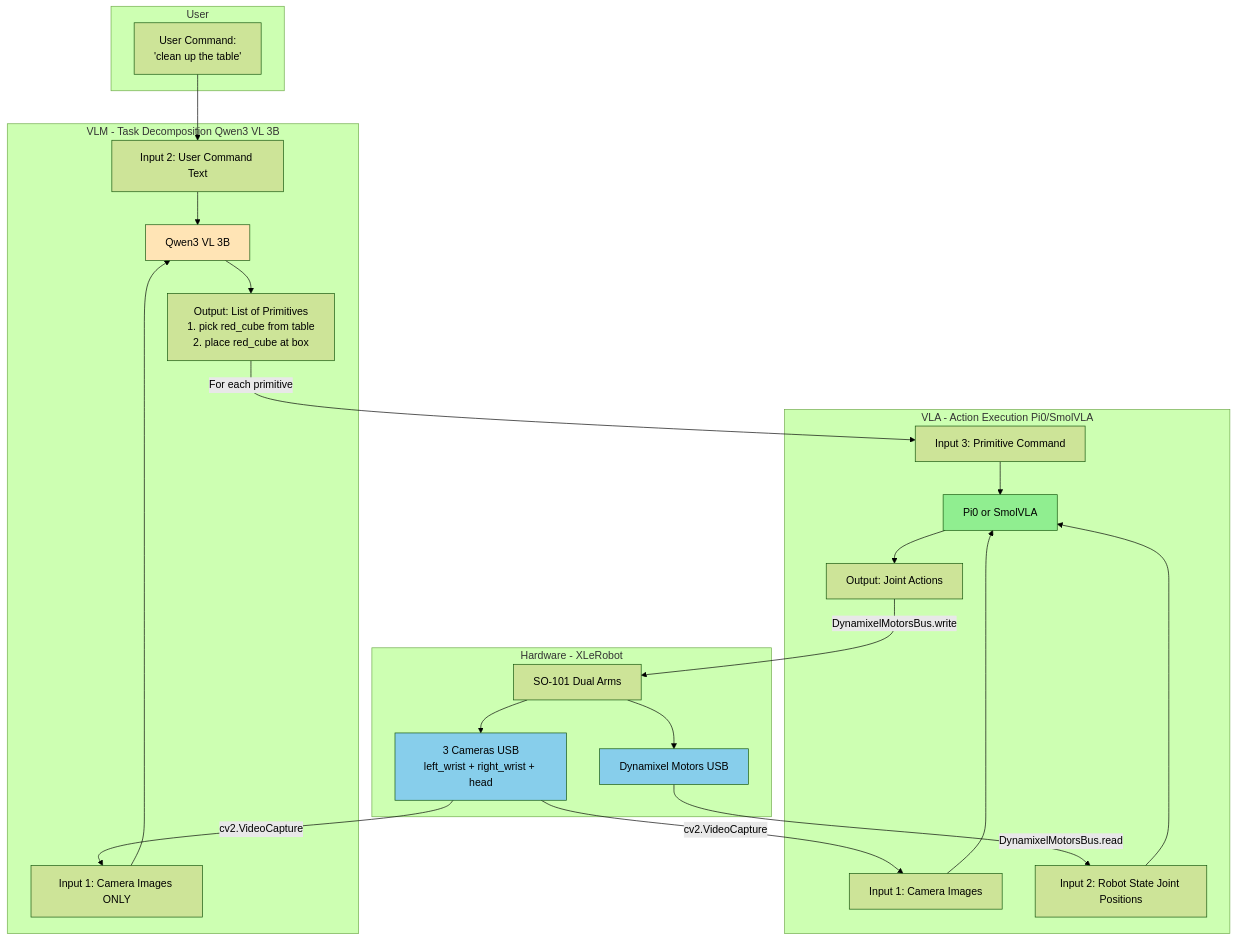
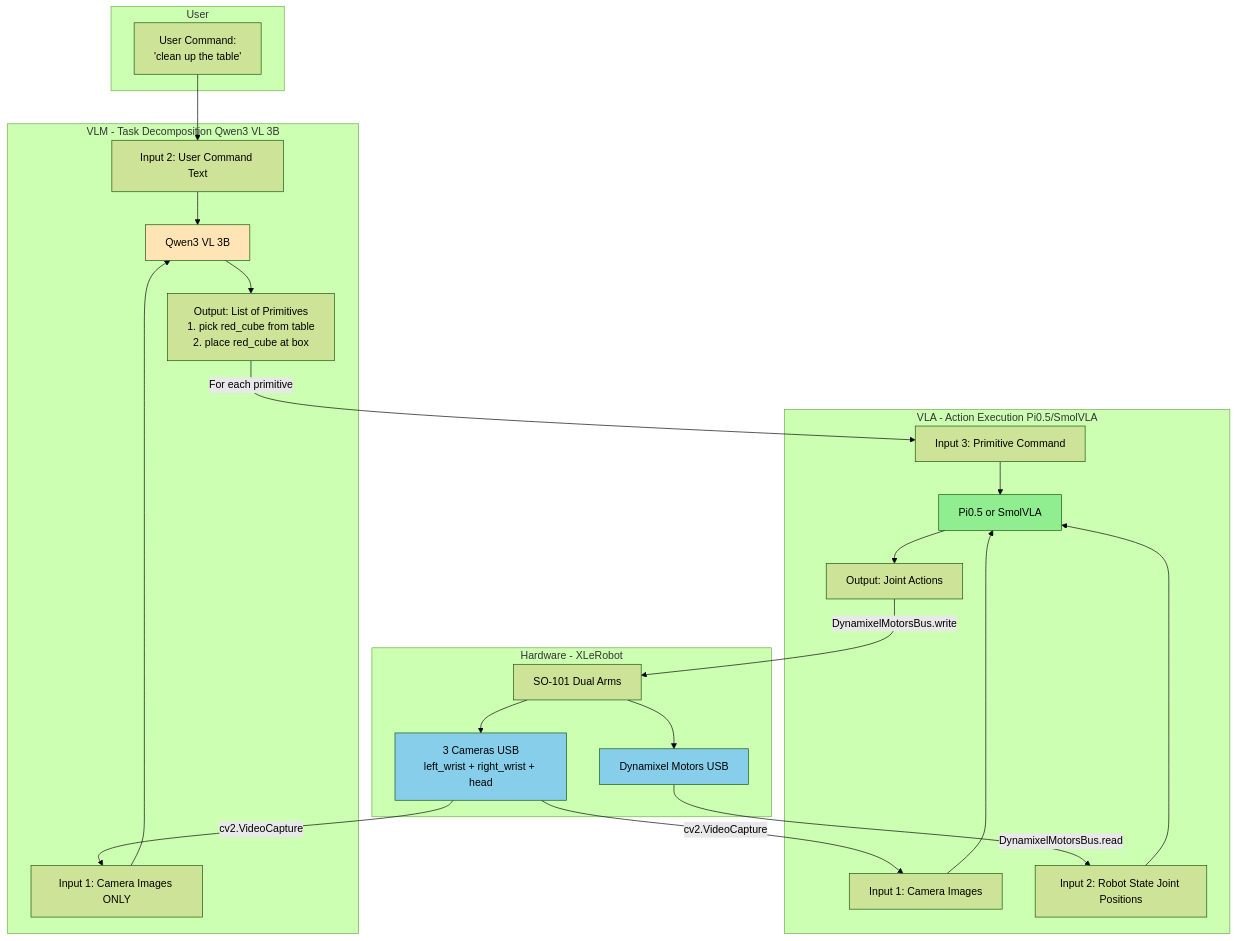
The first of 2 diagrams in jdocs/top_level/VLM_VLA_FINETUNING_STRATEGY.md (wellbeing18/XLeRobot), drawn with Mermaid (forest theme) before and after one commit. The commit also changed other lines of this file and 21 other files, not shown here.

````diff
--- a/jdocs/top_level/VLM_VLA_FINETUNING_STRATEGY.md
+++ b/jdocs/top_level/VLM_VLA_FINETUNING_STRATEGY.md
@@ -359,51 +415,51 @@
 ```mermaid
 graph TB
     subgraph "User"
         A[User Command:<br/>'clean up the table']
     end
 
     subgraph "VLM - Task Decomposition Qwen3 VL 3B"
         B[Qwen3 VL 3B]
         B_IN1[Input 1: Camera Images ONLY]
         B_IN2[Input 2: User Command Text]
         B_OUT[Output: List of Primitives<br/>1. pick red_cube from table<br/>2. place red_cube at box]
     end
 
-    subgraph "VLA - Action Execution Pi0/SmolVLA"
-        C[Pi0 or SmolVLA]
+    subgraph "VLA - Action Execution Pi0.5/SmolVLA"
+        C[Pi0.5 or SmolVLA]
         C_IN1[Input 1: Camera Images]
         C_IN2[Input 2: Robot State Joint Positions]
         C_IN3[Input 3: Primitive Command]
         C_OUT[Output: Joint Actions]
     end
 
     subgraph "Hardware - XLeRobot"
         D[SO-101 Dual Arms]
         E[3 Cameras USB<br/>left_wrist + right_wrist + head]
         F[Dynamixel Motors USB]
     end
 
     A --> B_IN2
     E -->|cv2.VideoCapture| B_IN1
     B_IN1 --> B
     B_IN2 --> B
     B --> B_OUT
 
     B_OUT -->|For each primitive| C_IN3
     E -->|cv2.VideoCapture| C_IN1
     F -->|DynamixelMotorsBus.read| C_IN2
 
     C_IN1 --> C
     C_IN2 --> C
     C_IN3 --> C
 
     C --> C_OUT
     C_OUT -->|DynamixelMotorsBus.write| D
     D --> E
     D --> F
 
     style B fill:#FFE4B5
     style C fill:#90EE90
     style E fill:#87CEEB
     style F fill:#87CEEB
 ```
````
